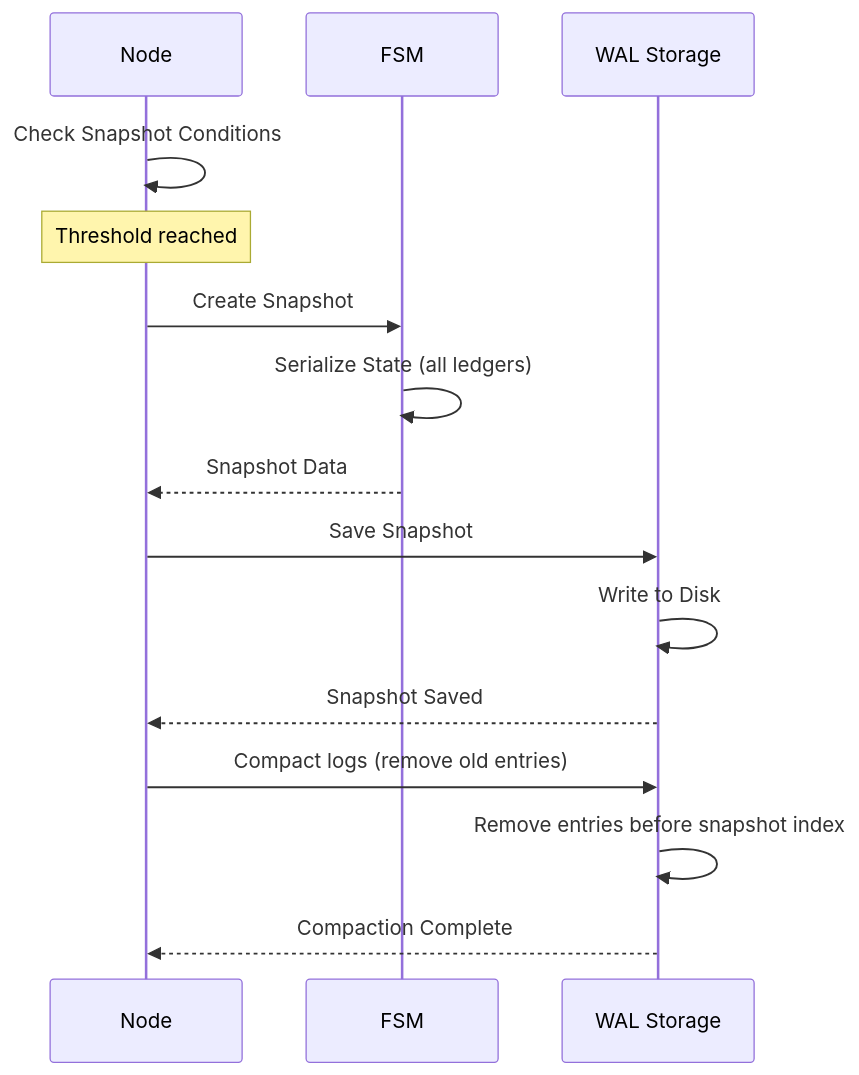
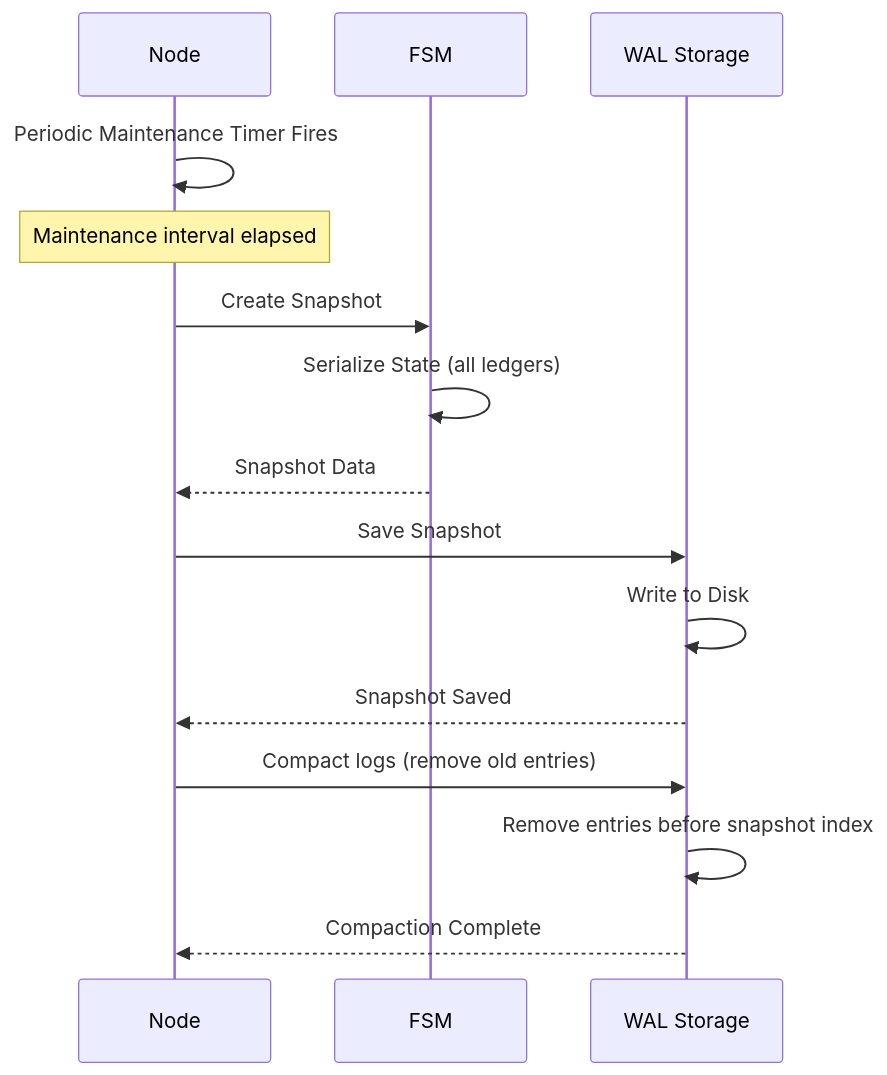
One commit to formancehq/ledger changed the sixth of 11 diagrams in docs/technical/architecture/data-model/data-flows.md. Above: the diagram before and after it, drawn with Mermaid. The commit also changed other lines of this file and 6 other files, not shown here.

First line of the commit message:
docs: replace SnapshotThreshold with periodic maintenance mechanism

````diff
--- a/docs/technical/architecture/data-model/data-flows.md
+++ b/docs/technical/architecture/data-model/data-flows.md
@@ -441,21 +441,21 @@
 ```mermaid
 sequenceDiagram
     participant Node as Node
     participant FSM as FSM
     participant SnapshotStore as WAL Storage
     
-    Node->>Node: Check Snapshot Conditions
-    Note over Node: Threshold reached
+    Node->>Node: Periodic Maintenance Timer Fires
+    Note over Node: Maintenance interval elapsed
     
     Node->>FSM: Create Snapshot
     FSM->>FSM: Serialize State (all ledgers)
     FSM-->>Node: Snapshot Data
     
     Node->>SnapshotStore: Save Snapshot
     SnapshotStore->>SnapshotStore: Write to Disk
     SnapshotStore-->>Node: Snapshot Saved
     
     Node->>SnapshotStore: Compact logs (remove old entries)
     SnapshotStore->>SnapshotStore: Remove entries before snapshot index
     SnapshotStore-->>Node: Compaction Complete
 ```
````
